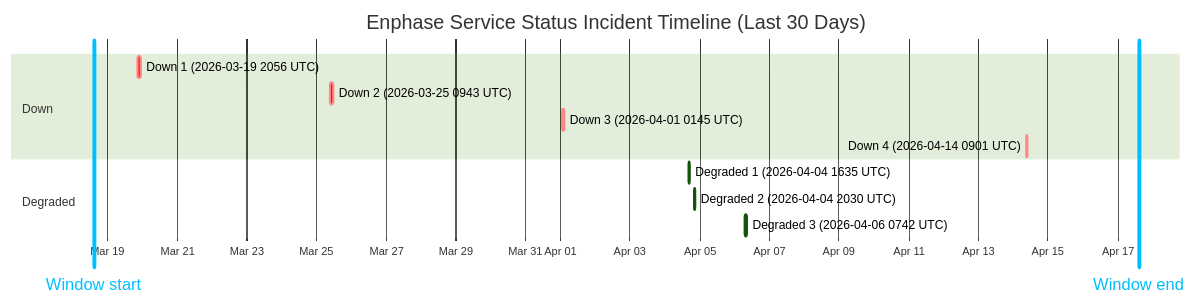
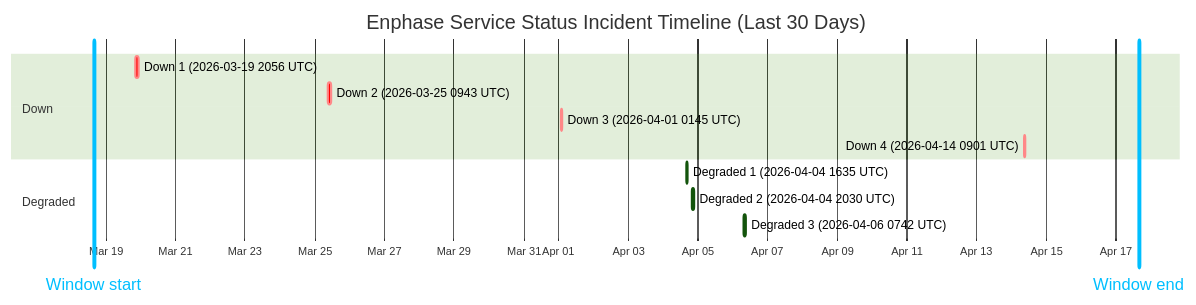
One commit to barneyonline/ha-enphase-ev-charger changed the diagram in wiki/Service-Status-History.md. Above: the diagram before and after it, drawn with Mermaid (forest theme). The commit also changed other lines of this file and 3 other files, not shown here.

````diff
--- a/wiki/Service-Status-History.md
+++ b/wiki/Service-Status-History.md
@@ -14,17 +14,17 @@
 ```mermaid
 gantt
     title Enphase Service Status Incident Timeline (Last 30 Days)
     dateFormat  YYYY-MM-DDTHH:mm:ss
     axisFormat  %b %d
-    Window start :vert, window-start, 2026-03-18T14:40:05, 0ms
-    Window end :vert, window-end, 2026-04-17T14:40:05, 0ms
+    Window start :vert, window-start, 2026-03-18T16:00:08, 0ms
+    Window end :vert, window-end, 2026-04-17T16:00:08, 0ms
     section Down
     Down 1 (2026-03-19 2056 UTC) :crit, down-1, 2026-03-19T20:56:20, 145m
     Down 2 (2026-03-25 0943 UTC) :crit, down-2, 2026-03-25T09:43:28, 111m
     Down 3 (2026-04-01 0145 UTC) :crit, down-3, 2026-04-01T01:45:09, 60m
     Down 4 (2026-04-14 0901 UTC) :crit, down-4, 2026-04-14T09:01:13, 60m
     section Degraded
     Degraded 1 (2026-04-04 1635 UTC) :active, degraded-1, 2026-04-04T16:35:17, 60m
     Degraded 2 (2026-04-04 2030 UTC) :active, degraded-2, 2026-04-04T20:30:40, 60m
     Degraded 3 (2026-04-06 0742 UTC) :active, degraded-3, 2026-04-06T07:42:09, 85m
 ```
````
